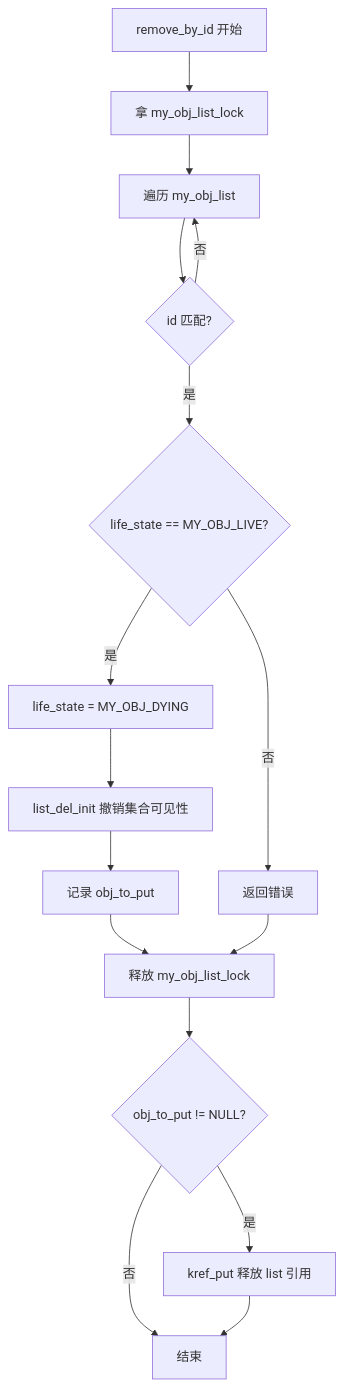
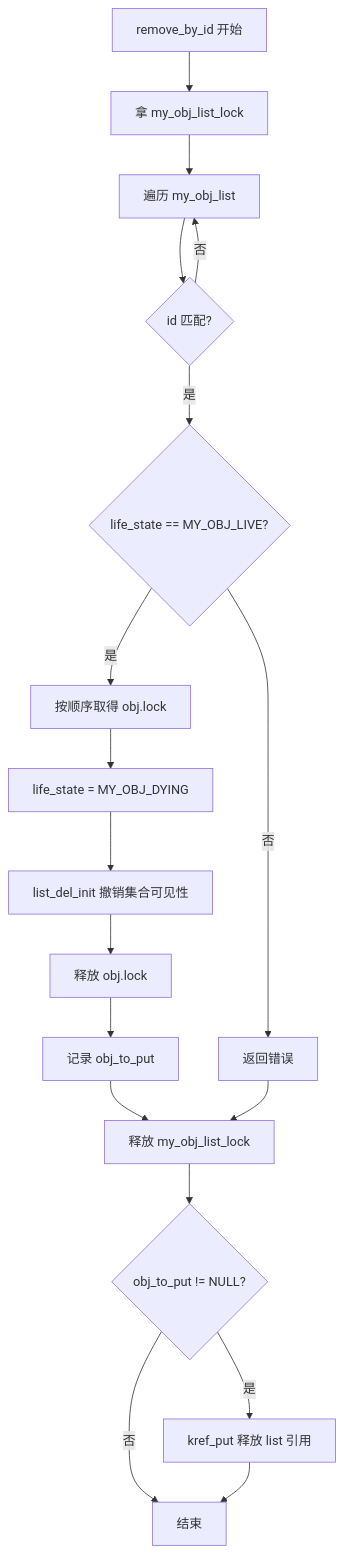
One commit to FormingSystem/linux_note changed the fifth of 9 diagrams in knowledge/linux/object_lifetime/kref/P09_kref_与锁的组合.md. Above: the diagram before and after it, drawn with Mermaid. The commit also changed other lines of this file and 10 other files, not shown here.

````diff
--- a/knowledge/linux/object_lifetime/kref/P09_kref_与锁的组合.md
+++ b/knowledge/linux/object_lifetime/kref/P09_kref_与锁的组合.md
@@ -1048,18 +1073,20 @@
 ```mermaid
 flowchart TD
     A[remove_by_id 开始] --> B[拿 my_obj_list_lock]
     B --> C[遍历 my_obj_list]
     C --> D{id 匹配?}
     D -- 否 --> C
     D -- 是 --> E{life_state == MY_OBJ_LIVE?}
     E -- 否 --> F[返回错误]
-    E -- 是 --> G[life_state = MY_OBJ_DYING]
+    E -- 是 --> N[按顺序取得 obj.lock]
+    N --> G[life_state = MY_OBJ_DYING]
     G --> H[list_del_init 撤销集合可见性]
-    H --> I[记录 obj_to_put]
+    H --> U[释放 obj.lock]
+    U --> I[记录 obj_to_put]
     I --> J[释放 my_obj_list_lock]
     F --> J
     J --> K{obj_to_put != NULL?}
     K -- 是 --> L[kref_put 释放 list 引用]
     K -- 否 --> M[结束]
     L --> M
 ```
````
